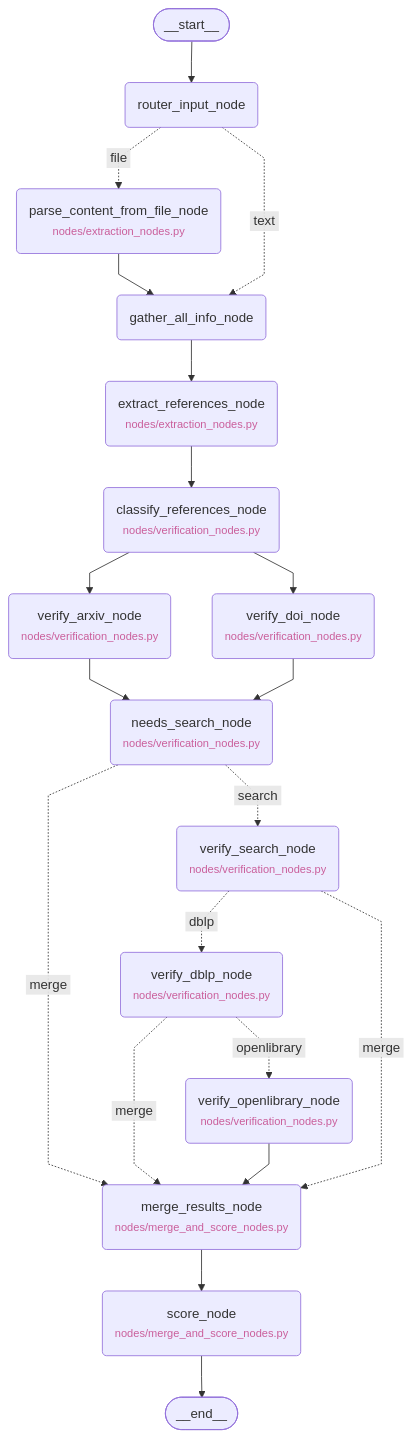
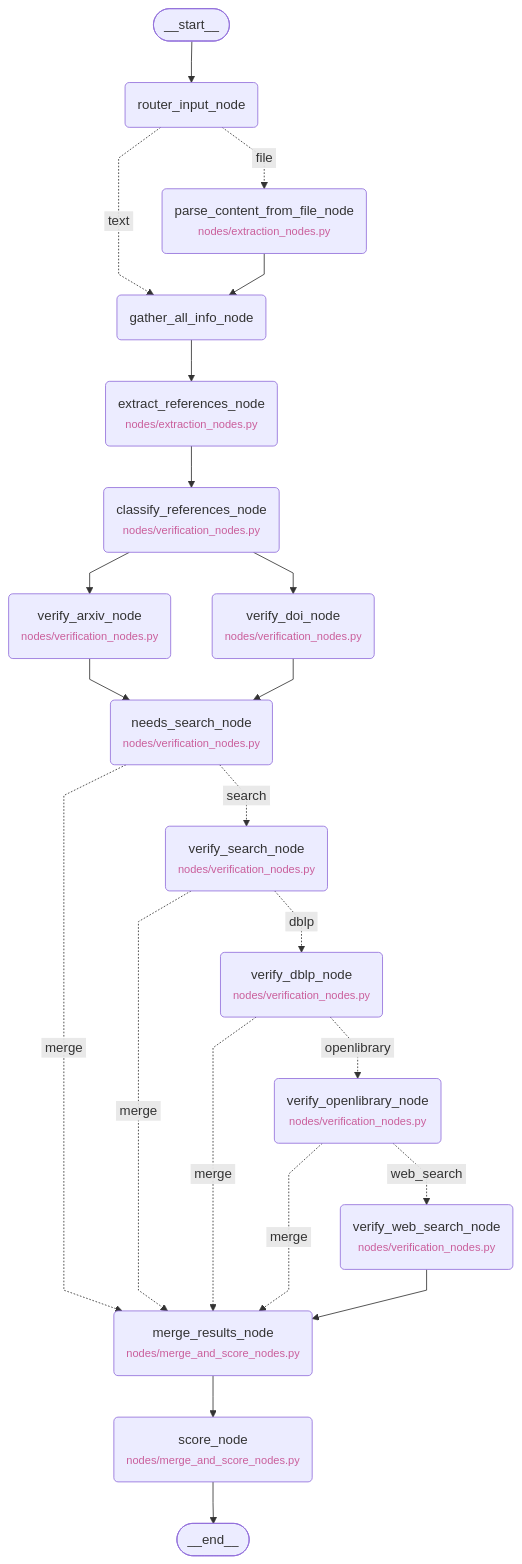
The diagram in README.md (danilotpnta/citeguard), drawn with Mermaid before and after one commit.

Commit message:
docs: update pipeline diagram [skip ci]

````diff
--- a/README.md
+++ b/README.md
@@ -124,42 +124,45 @@
 ```mermaid
 ---
 config:
   flowchart:
     curve: linear
 ---
 graph TD;
 	__start__([<p>__start__</p>]):::first
 	router_input_node(router_input_node)
 	gather_all_info_node(gather_all_info_node)
-	needs_search_node(needs_search_node<br/><small><font color="#ca5e9b">nodes/verification_nodes.py</font></small>)
-	verify_openlibrary_node(verify_openlibrary_node<br/><small><font color="#ca5e9b">nodes/verification_nodes.py</font></small>)
-	classify_references_node(classify_references_node<br/><small><font color="#ca5e9b">nodes/verification_nodes.py</font></small>)
-	parse_content_from_file_node(parse_content_from_file_node<br/><small><font color="#ca5e9b">nodes/extraction_nodes.py</font></small>)
+	verify_dblp_node(verify_dblp_node<br/><small><font color="#ca5e9b">nodes/verification_nodes.py</font></small>)
 	verify_search_node(verify_search_node<br/><small><font color="#ca5e9b">nodes/verification_nodes.py</font></small>)
 	extract_references_node(extract_references_node<br/><small><font color="#ca5e9b">nodes/extraction_nodes.py</font></small>)
-	score_node(score_node<br/><small><font color="#ca5e9b">nodes/merge_and_score_nodes.py</font></small>)
-	merge_results_node(merge_results_node<br/><small><font color="#ca5e9b">nodes/merge_and_score_nodes.py</font></small>)
-	verify_dblp_node(verify_dblp_node<br/><small><font color="#ca5e9b">nodes/verification_nodes.py</font></small>)
 	verify_doi_node(verify_doi_node<br/><small><font color="#ca5e9b">nodes/verification_nodes.py</font></small>)
 	verify_arxiv_node(verify_arxiv_node<br/><small><font color="#ca5e9b">nodes/verification_nodes.py</font></small>)
+	merge_results_node(merge_results_node<br/><small><font color="#ca5e9b">nodes/merge_and_score_nodes.py</font></small>)
+	verify_openlibrary_node(verify_openlibrary_node<br/><small><font color="#ca5e9b">nodes/verification_nodes.py</font></small>)
+	verify_web_search_node(verify_web_search_node<br/><small><font color="#ca5e9b">nodes/verification_nodes.py</font></small>)
+	score_node(score_node<br/><small><font color="#ca5e9b">nodes/merge_and_score_nodes.py</font></small>)
+	classify_references_node(classify_references_node<br/><small><font color="#ca5e9b">nodes/verification_nodes.py</font></small>)
+	needs_search_node(needs_search_node<br/><small><font color="#ca5e9b">nodes/verification_nodes.py</font></small>)
+	parse_content_from_file_node(parse_content_from_file_node<br/><small><font color="#ca5e9b">nodes/extraction_nodes.py</font></small>)
 	__end__([<p>__end__</p>]):::last
 	__start__ --> router_input_node;
 	classify_references_node --> verify_arxiv_node;
 	classify_references_node --> verify_doi_node;
 	extract_references_node --> classify_references_node;
 	gather_all_info_node --> extract_references_node;
 	merge_results_node --> score_node;
 	needs_search_node -. &nbsp;merge&nbsp; .-> merge_results_node;
 	needs_search_node -. &nbsp;search&nbsp; .-> verify_search_node;
 	parse_content_from_file_node --> gather_all_info_node;
 	router_input_node -. &nbsp;text&nbsp; .-> gather_all_info_node;
 	router_input_node -. &nbsp;file&nbsp; .-> parse_content_from_file_node;
 	verify_arxiv_node --> needs_search_node;
 	verify_dblp_node -. &nbsp;merge&nbsp; .-> merge_results_node;
 	verify_dblp_node -. &nbsp;openlibrary&nbsp; .-> verify_openlibrary_node;
 	verify_doi_node --> needs_search_node;
-	verify_openlibrary_node --> merge_results_node;
+	verify_openlibrary_node -. &nbsp;merge&nbsp; .-> merge_results_node;
+	verify_openlibrary_node -. &nbsp;web_search&nbsp; .-> verify_web_search_node;
 	verify_search_node -. &nbsp;merge&nbsp; .-> merge_results_node;
 	verify_search_node -. &nbsp;dblp&nbsp; .-> verify_dblp_node;
+	verify_web_search_node --> merge_results_node;
 	score_node --> __end__;
 ```
````
